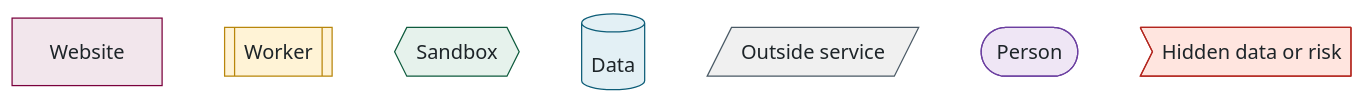
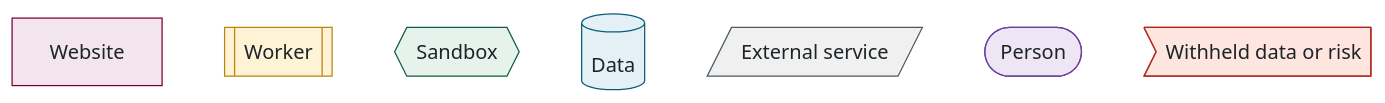
The second of 11 diagrams in docs/walkthrough/ALL-IN-ONE.md (McMaster-Battery-Research-Group/battery-soc-benchmark), drawn with Mermaid (base theme) before and after one commit. The commit also changed other lines of this file and 22 other files, not shown here.

````diff
--- a/docs/walkthrough/ALL-IN-ONE.md
+++ b/docs/walkthrough/ALL-IN-ONE.md
@@ -126,18 +137,18 @@
 ```mermaid
 flowchart LR
-    W["Website"] ~~~ K[["Worker"]] ~~~ S{{"Sandbox"}} ~~~ D[("Data")] ~~~ E[/"Outside service"/] ~~~ P(["Person"]) ~~~ X>"Hidden data or risk"]
+    W["Website"] ~~~ K[["Worker"]] ~~~ S{{"Sandbox"}} ~~~ D[("Data")] ~~~ E[/"External service"/] ~~~ P(["Person"]) ~~~ X>"Withheld data or risk"]
     classDef web fill:#F2E6EC,stroke:#7A003C,color:#1d2428
     classDef worker fill:#FFF3D6,stroke:#B8860B,color:#1d2428
     classDef sandbox fill:#E6F2EC,stroke:#0E5B3D,color:#1d2428
     classDef data fill:#E3F0F5,stroke:#0D5D78,color:#1d2428
     classDef ext fill:#F0F0F0,stroke:#495965,color:#1d2428
     classDef person fill:#EFE6F5,stroke:#6B3FA0,color:#1d2428
     classDef danger fill:#FFE5DF,stroke:#B3261E,color:#1d2428
     class W web
     class K worker
     class S sandbox
     class D data
     class E ext
     class P person
     class X danger
 ```
````
